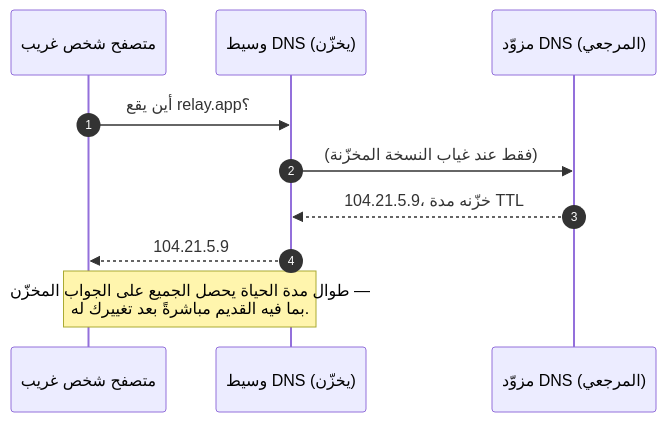
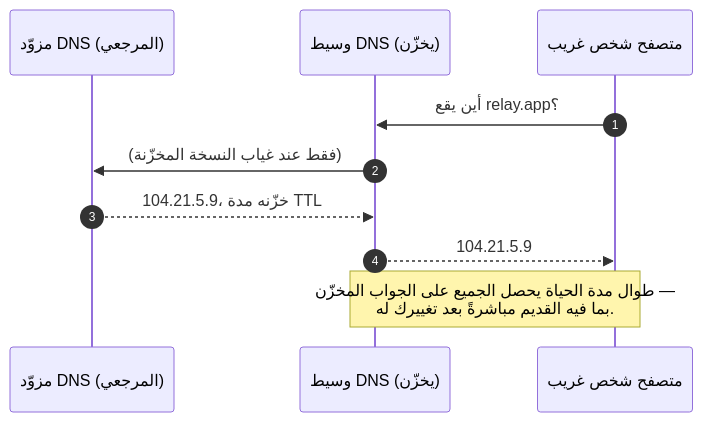
Before and after one commit to Tamoura/system-design-for-vibe-coders: the first of 5 diagrams in modules/11-reaching-the-world/module.ar.md, drawn with Mermaid. The commit also changed other lines of this file and 31 other files, not shown here.

First line of the commit message:
Arabic editions: diagrams flow right to left

````diff
--- a/modules/11-reaching-the-world/module.ar.md
+++ b/modules/11-reaching-the-world/module.ar.md
@@ -35,12 +35,12 @@
 ```mermaid
 sequenceDiagram
     autonumber
+    participant A as مزوّد DNS (المرجعي)
+    participant R as وسيط DNS (يخزّن)
     participant U as متصفح شخص غريب
-    participant R as وسيط DNS (يخزّن)
-    participant A as مزوّد DNS (المرجعي)
     U->>R: أين يقع relay.app؟
     R->>A: (فقط عند غياب النسخة المخزّنة)
     A-->>R: 104.21.5.9، خزّنه مدة TTL
     R-->>U: 104.21.5.9
     Note over R,U: طوال مدة الحياة يحصل الجميع على الجواب المخزّن —<br/>بما فيه القديم مباشرةً بعد تغييرك له.
 ```
````
